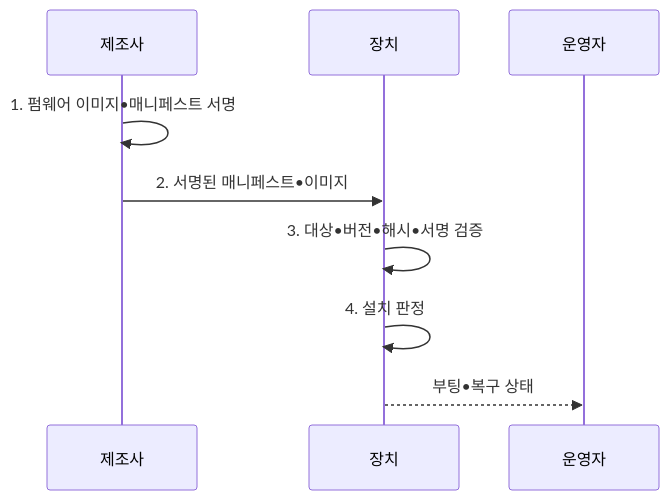
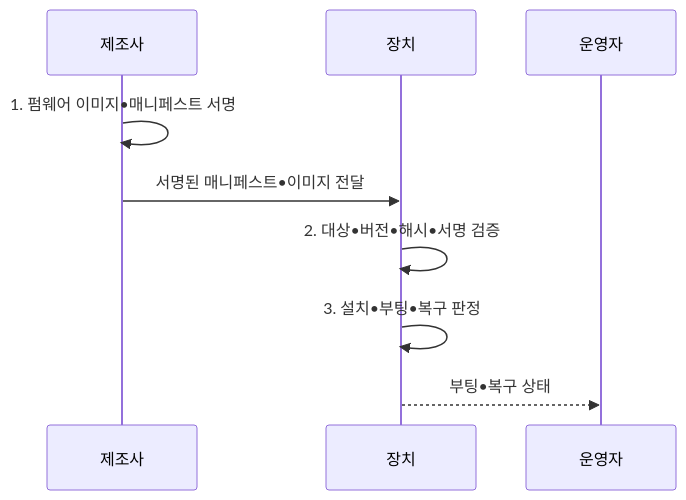
Before and after one commit to agnusdei1207/knowledge-base: the second of 2 diagrams in src/content/docs/notes/05-security/126_firmware_security.md, drawn with Mermaid. The commit also changed other lines of this file and 19 other files, not shown here.

````diff
--- a/src/content/docs/notes/05-security/126_firmware_security.md
+++ b/src/content/docs/notes/05-security/126_firmware_security.md
@@ -99,11 +99,11 @@
 ```mermaid
 sequenceDiagram
   participant M as 제조사
   participant D as 장치
   participant O as 운영자
   M->>M: 1. 펌웨어 이미지•매니페스트 서명
-  M->>D: 2. 서명된 매니페스트•이미지
-  D->>D: 3. 대상•버전•해시•서명 검증
-  D->>D: 4. 설치 판정
+  M->>D: 서명된 매니페스트•이미지 전달
+  D->>D: 2. 대상•버전•해시•서명 검증
+  D->>D: 3. 설치•부팅•복구 판정
   D-->>O: 부팅•복구 상태
 ```
````
